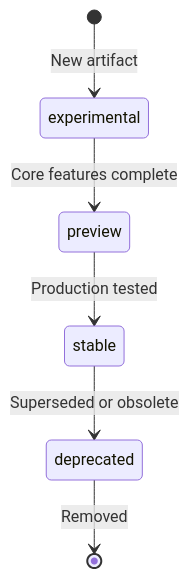
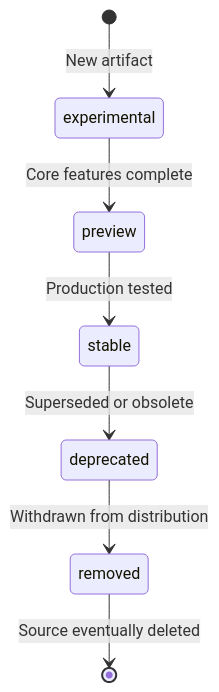
One commit to microsoft/hve-core changed the second of 2 diagrams in docs/contributing/release-process.md. Above: the diagram before and after it, drawn with Mermaid. The commit also changed other lines of this file and 16 other files, not shown here.

````diff
--- a/docs/contributing/release-process.md
+++ b/docs/contributing/release-process.md
@@ -162,8 +163,9 @@
 ```mermaid
 stateDiagram-v2
     [*] --> experimental : New artifact
     experimental --> preview : Core features complete
     preview --> stable : Production tested
     stable --> deprecated : Superseded or obsolete
-    deprecated --> [*] : Removed
+    deprecated --> removed : Withdrawn from distribution
+    removed --> [*] : Source eventually deleted
 ```
````
